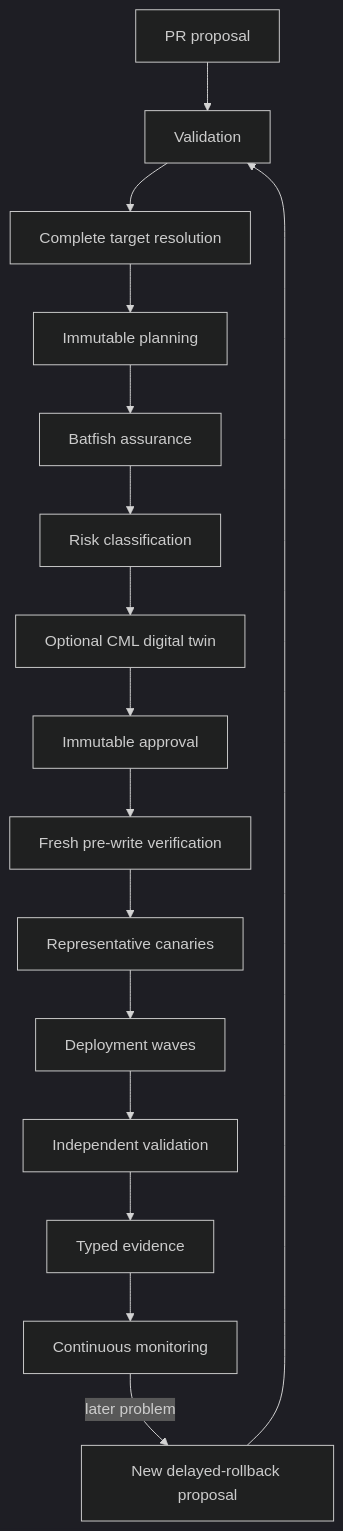
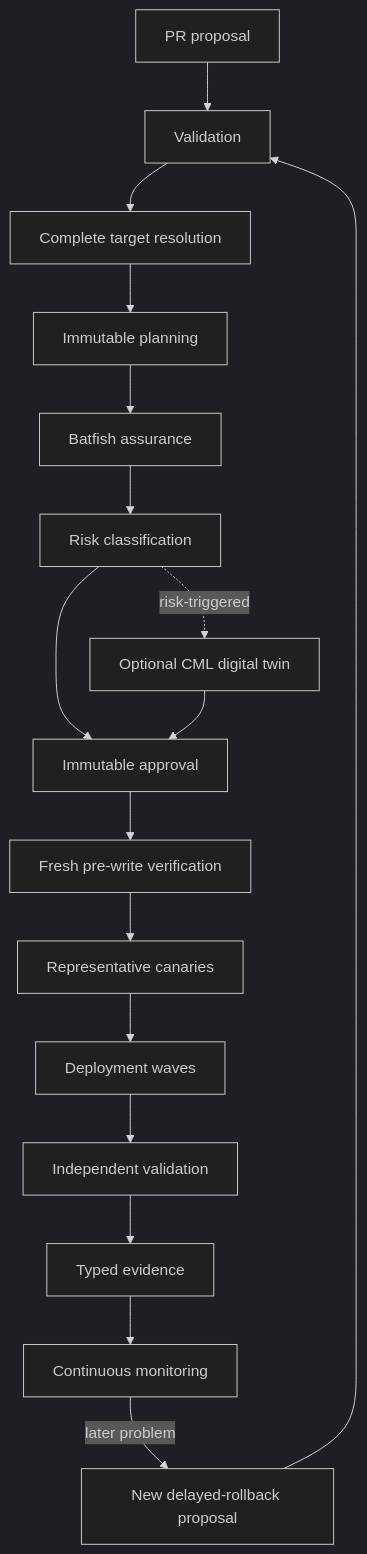
Before and after one commit to Atheer-Kareem/network-change-delivery-platform: the diagram in docs/architecture/change-lifecycle.md, drawn with Mermaid (dark theme). The commit also changed 8 other files, not shown here.

Commit message:
chore: address architecture baseline review

````diff
--- a/docs/architecture/change-lifecycle.md
+++ b/docs/architecture/change-lifecycle.md
@@ -7,18 +7,19 @@
 ```mermaid
 flowchart TD
   PR[PR proposal] --> V[Validation]
   V --> T[Complete target resolution]
   T --> P[Immutable planning]
   P --> B[Batfish assurance]
   B --> R[Risk classification]
-  R --> C[Optional CML digital twin]
-  C --> A[Immutable approval]
+  R --> A[Immutable approval]
+  R -. risk-triggered .-> C[Optional CML digital twin]
+  C --> A
   A --> F[Fresh pre-write verification]
   F --> K[Representative canaries]
   K --> W[Deployment waves]
   W --> I[Independent validation]
   I --> E[Typed evidence]
   E --> M[Continuous monitoring]
   M -->|later problem| D[New delayed-rollback proposal]
   D --> V
 ```
````
